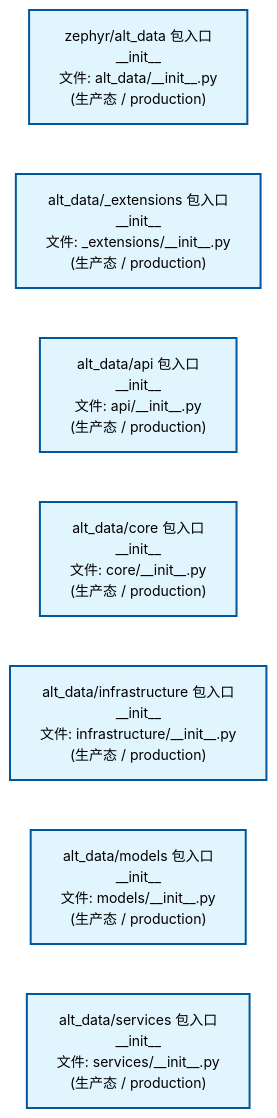
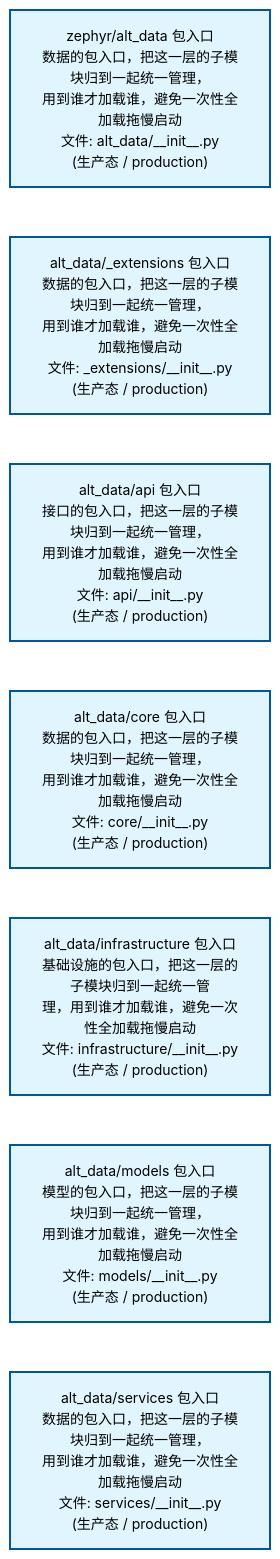
One commit to xuanFelixVan/ZephyrAlpha changed the second of 2 diagrams in docs/02_enterprise_architecture/02_domain_architecture_docs/09_d_alt_data.md. Above: the diagram before and after it, drawn with Mermaid. The commit also changed other lines of this file and 63 other files, not shown here.

````diff
--- a/docs/02_enterprise_architecture/02_domain_architecture_docs/09_d_alt_data.md
+++ b/docs/02_enterprise_architecture/02_domain_architecture_docs/09_d_alt_data.md
@@ -80,22 +80,22 @@
 ```mermaid
 %%{init: {'theme': 'base', 'themeVariables': {'primaryColor': '#eaeaea', 'primaryTextColor': '#333333', 'primaryBorderColor': '#666666', 'lineColor': '#666666', 'secondaryColor': '#eaeaea', 'tertiaryColor': '#eaeaea', 'fontSize': '14px'}}}%%
 flowchart TD
-    src_zephyr_alt_data_init_py["zephyr/alt_data 包入口<br/>__init__<br/>文件: alt_data/__init__.py<br/>(生产态 / production)"]
-    src_zephyr_alt_data_extensions_init_py["alt_data/_extensions 包入口<br/>__init__<br/>文件: _extensions/__init__.py<br/>(生产态 / production)"]
-    src_zephyr_alt_data_api_init_py["alt_data/api 包入口<br/>__init__<br/>文件: api/__init__.py<br/>(生产态 / production)"]
-    src_zephyr_alt_data_core_init_py["alt_data/core 包入口<br/>__init__<br/>文件: core/__init__.py<br/>(生产态 / production)"]
-    src_zephyr_alt_data_infrastructure_init_py["alt_data/infrastructure 包入口<br/>__init__<br/>文件: infrastructure/__init__.py<br/>(生产态 / production)"]
-    src_zephyr_alt_data_models_init_py["alt_data/models 包入口<br/>__init__<br/>文件: models/__init__.py<br/>(生产态 / production)"]
-    src_zephyr_alt_data_services_init_py["alt_data/services 包入口<br/>__init__<br/>文件: services/__init__.py<br/>(生产态 / production)"]
+    src_zephyr_alt_data_init_py["zephyr/alt_data 包入口<br/>数据的包入口，把这一层的子模块归到一起统一管理，<br/>用到谁才加载谁，避免一次性全加载拖慢启动<br/>文件: alt_data/__init__.py<br/>(生产态 / production)"]
+    src_zephyr_alt_data_extensions_init_py["alt_data/_extensions 包入口<br/>数据的包入口，把这一层的子模块归到一起统一管理，<br/>用到谁才加载谁，避免一次性全加载拖慢启动<br/>文件: _extensions/__init__.py<br/>(生产态 / production)"]
+    src_zephyr_alt_data_api_init_py["alt_data/api 包入口<br/>接口的包入口，把这一层的子模块归到一起统一管理，<br/>用到谁才加载谁，避免一次性全加载拖慢启动<br/>文件: api/__init__.py<br/>(生产态 / production)"]
+    src_zephyr_alt_data_core_init_py["alt_data/core 包入口<br/>数据的包入口，把这一层的子模块归到一起统一管理，<br/>用到谁才加载谁，避免一次性全加载拖慢启动<br/>文件: core/__init__.py<br/>(生产态 / production)"]
+    src_zephyr_alt_data_infrastructure_init_py["alt_data/infrastructure 包入口<br/>基础设施的包入口，把这一层的子模块归到一起统一管<br/>理，用到谁才加载谁，避免一次性全加载拖慢启动<br/>文件: infrastructure/__init__.py<br/>(生产态 / production)"]
+    src_zephyr_alt_data_models_init_py["alt_data/models 包入口<br/>模型的包入口，把这一层的子模块归到一起统一管理，<br/>用到谁才加载谁，避免一次性全加载拖慢启动<br/>文件: models/__init__.py<br/>(生产态 / production)"]
+    src_zephyr_alt_data_services_init_py["alt_data/services 包入口<br/>数据的包入口，把这一层的子模块归到一起统一管理，<br/>用到谁才加载谁，避免一次性全加载拖慢启动<br/>文件: services/__init__.py<br/>(生产态 / production)"]
     src_zephyr_alt_data_init_py ~~~ src_zephyr_alt_data_extensions_init_py
     src_zephyr_alt_data_extensions_init_py ~~~ src_zephyr_alt_data_api_init_py
     src_zephyr_alt_data_api_init_py ~~~ src_zephyr_alt_data_core_init_py
     src_zephyr_alt_data_core_init_py ~~~ src_zephyr_alt_data_infrastructure_init_py
     src_zephyr_alt_data_infrastructure_init_py ~~~ src_zephyr_alt_data_models_init_py
     src_zephyr_alt_data_models_init_py ~~~ src_zephyr_alt_data_services_init_py
     classDef production fill:#e1f5fe,stroke:#01579b,stroke-width:2px,color:#000
     classDef design fill:#fff3e0,stroke:#e65100,stroke-width:2px,color:#000,stroke-dasharray: 5 5
     classDef external_prod fill:#e8f4fd,stroke:#0277bd,stroke-width:1px,color:#000
     classDef external_design fill:#fff8e7,stroke:#ef6c00,stroke-width:1px,color:#000,stroke-dasharray: 5 5
     class src_zephyr_alt_data_init_py,src_zephyr_alt_data_extensions_init_py,src_zephyr_alt_data_api_init_py,src_zephyr_alt_data_core_init_py,src_zephyr_alt_data_infrastructure_init_py,src_zephyr_alt_data_models_init_py,src_zephyr_alt_data_services_init_py production
 ```
````
